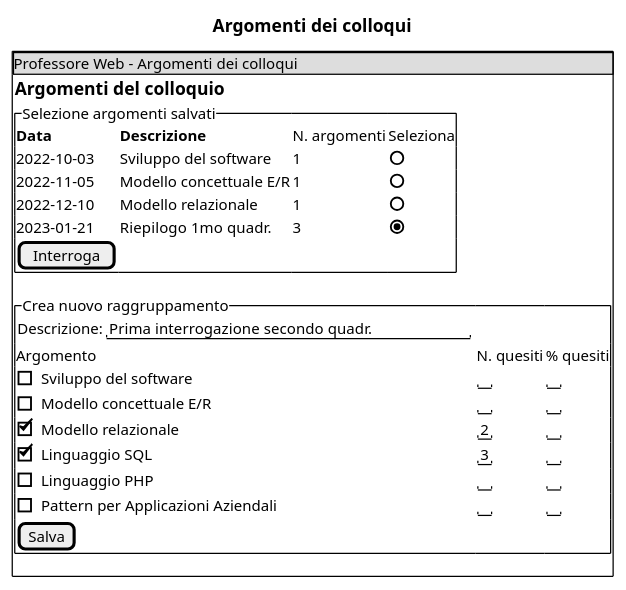
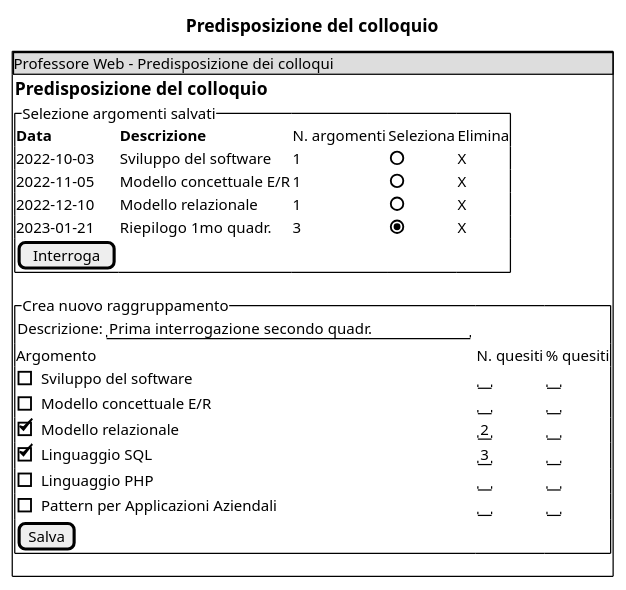
Before and after one commit to gionatamassibenincasa/materiale-didattico-per-argomento: the tenth of 16 diagrams in analisi-e-progettazione-software/problemi/prove_orali/prove_orali.md, drawn with PlantUML. The commit also changed 13 other files, not shown here.

```diff
--- a/analisi-e-progettazione-software/problemi/prove_orali/prove_orali.md
+++ b/analisi-e-progettazione-software/problemi/prove_orali/prove_orali.md
@@ -337,30 +337,30 @@
 @startsalt
-title Argomenti dei colloqui
+title Predisposizione del colloquio
 {+
-{* Professore Web - Argomenti dei colloqui}
+{* Professore Web - Predisposizione dei colloqui}
 {
-== Argomenti del colloquio
+== Predisposizione del colloquio
 {^"Selezione argomenti salvati"
 
-    <b>Data | <b>Descrizione | N. argomenti | Seleziona
-    2022-10-03 | Sviluppo del software   | 1 | ()
-    2022-11-05 | Modello concettuale E/R | 1 | ()
-    2022-12-10 | Modello relazionale     | 1 | ()
-    2023-01-21 | Riepilogo 1mo quadr.    | 3 | (X)
+    <b>Data | <b>Descrizione | N. argomenti | Seleziona | Elimina
+    2022-10-03 | Sviluppo del software   | 1 | () | X
+    2022-11-05 | Modello concettuale E/R | 1 | () | X
+    2022-12-10 | Modello relazionale     | 1 | () | X
+    2023-01-21 | Riepilogo 1mo quadr.    | 3 | (X) | X
 
     [Interroga]
 }
 {^"Crea nuovo raggruppamento"
   { Descrizione: | "Prima interrogazione secondo quadr. " }
   Argomento | N. quesiti | % quesiti
   [] Sviluppo del software   | " " | " "
   [] Modello concettuale E/R | " " | " "
   [X] Modello relazionale    | "2" | " "
   [X] Linguaggio SQL         | "3" | " "
   [] Linguaggio PHP | " " | " "
   [] Pattern per Applicazioni Aziendali | " " | " "
 [Salva]
 }
 }
 }
 @endsalt
```
